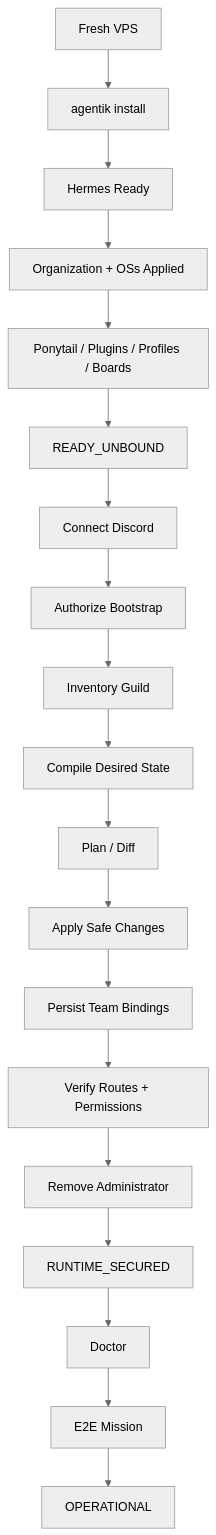
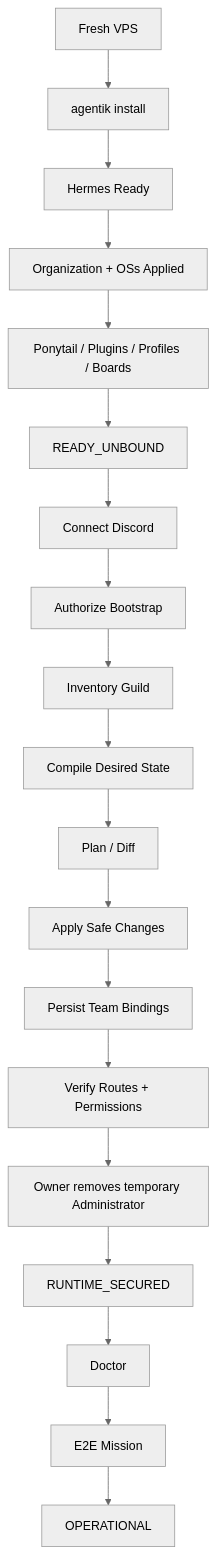
Before and after one commit to agentik-os/agentik-station: the diagram in docs/diagrams/06_ZERO_TO_OPERATIONAL.mmd, drawn with Mermaid (neutral theme). The commit also changed 69 other files, not shown here.

```diff
--- a/docs/diagrams/06_ZERO_TO_OPERATIONAL.mmd
+++ b/docs/diagrams/06_ZERO_TO_OPERATIONAL.mmd
@@ -1,19 +1,19 @@
 flowchart TB
     V[Fresh VPS] --> I[agentik install]
     I --> H[Hermes Ready]
     H --> O[Organization + OSs Applied]
     O --> P[Ponytail / Plugins / Profiles / Boards]
     P --> RU[READY_UNBOUND]
     RU --> DC[Connect Discord]
     DC --> BA[Authorize Bootstrap]
     BA --> INV[Inventory Guild]
     INV --> CMP[Compile Desired State]
     CMP --> PLAN[Plan / Diff]
     PLAN --> APPLY[Apply Safe Changes]
     APPLY --> BIND[Persist Team Bindings]
     BIND --> VER[Verify Routes + Permissions]
-    VER --> DEM[Remove Administrator]
+    VER --> DEM[Owner removes temporary Administrator]
     DEM --> SEC[RUNTIME_SECURED]
     SEC --> DOC[Doctor]
     DOC --> E2E[E2E Mission]
     E2E --> OP[OPERATIONAL]
```
